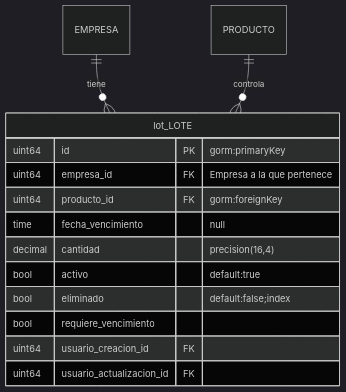
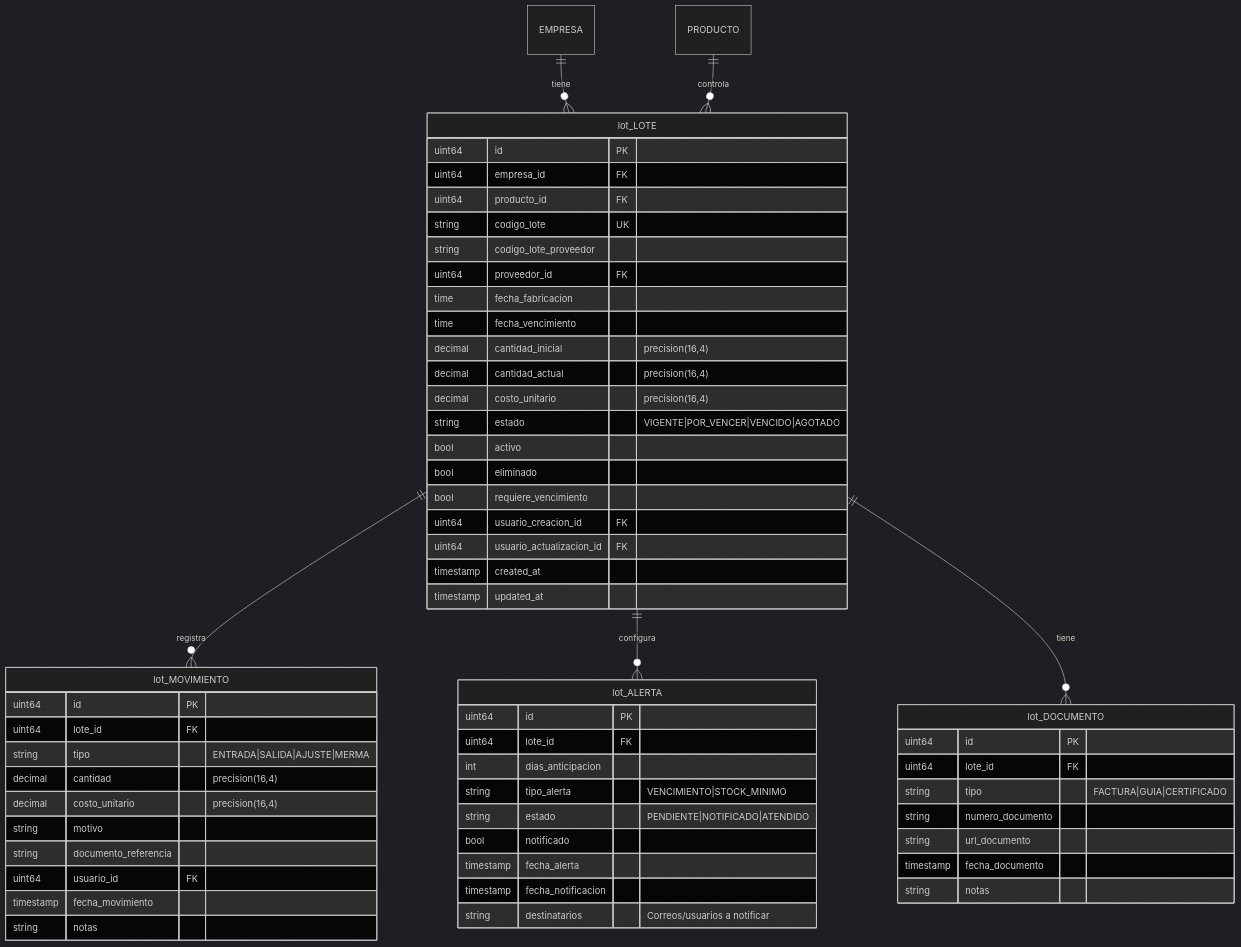
Before and after one commit to ponceca20/authenticationPonceca: the diagram in arquitectura/control_lote.md, drawn with Mermaid (dark theme). The commit also changed 152 other files, not shown here.

```diff
--- a/arquitectura/control_lote.md
+++ b/arquitectura/control_lote.md
@@ -1,19 +1,66 @@
 ::: mermaid
 erDiagram
     %% Relaciones principales
     EMPRESA ||--o{ lot_LOTE : tiene
     PRODUCTO ||--o{ lot_LOTE : controla
+    lot_LOTE ||--o{ lot_MOVIMIENTO : registra
+    lot_LOTE ||--o{ lot_ALERTA : configura
+    lot_LOTE ||--o{ lot_DOCUMENTO : tiene
 
     lot_LOTE {
-        uint64 id PK "gorm:primaryKey"
-        uint64 empresa_id FK "Empresa a la que pertenece"
-        uint64 producto_id FK "gorm:foreignKey"
-        time fecha_vencimiento "null"
-        decimal cantidad "precision(16,4)"
-        bool activo "default:true"
-        bool eliminado "default:false;index"
+        uint64 id PK
+        uint64 empresa_id FK
+        uint64 producto_id FK
+        string codigo_lote UK
+        string codigo_lote_proveedor
+        uint64 proveedor_id FK
+        time fecha_fabricacion
+        time fecha_vencimiento
+        decimal cantidad_inicial "precision(16,4)"
+        decimal cantidad_actual "precision(16,4)"
+        decimal costo_unitario "precision(16,4)"
+        string estado "VIGENTE|POR_VENCER|VENCIDO|AGOTADO"
+        bool activo
+        bool eliminado
         bool requiere_vencimiento
         uint64 usuario_creacion_id FK
         uint64 usuario_actualizacion_id FK
+        timestamp created_at
+        timestamp updated_at
+    }
+
+    lot_MOVIMIENTO {
+        uint64 id PK
+        uint64 lote_id FK
+        string tipo "ENTRADA|SALIDA|AJUSTE|MERMA"
+        decimal cantidad "precision(16,4)"
+        decimal costo_unitario "precision(16,4)"
+        string motivo 
+        string documento_referencia
+        uint64 usuario_id FK
+        timestamp fecha_movimiento
+        string notas
+    }
+
+    lot_ALERTA {
+        uint64 id PK
+        uint64 lote_id FK
+        int dias_anticipacion
+        string tipo_alerta "VENCIMIENTO|STOCK_MINIMO"
+        string estado "PENDIENTE|NOTIFICADO|ATENDIDO"
+        bool notificado
+        timestamp fecha_alerta
+        timestamp fecha_notificacion
+        string destinatarios "Correos/usuarios a notificar"
+    }
+
+    lot_DOCUMENTO {
+        uint64 id PK
+        uint64 lote_id FK
+        string tipo "FACTURA|GUIA|CERTIFICADO"
+        string numero_documento
+        string url_documento
+        timestamp fecha_documento
+        string notas
     }
 :::
```
